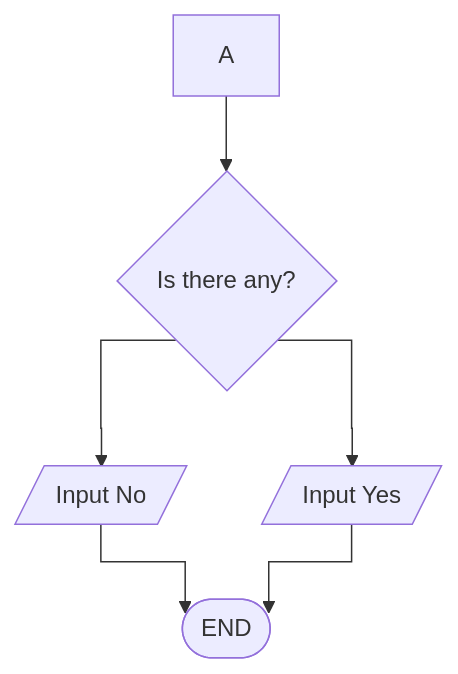
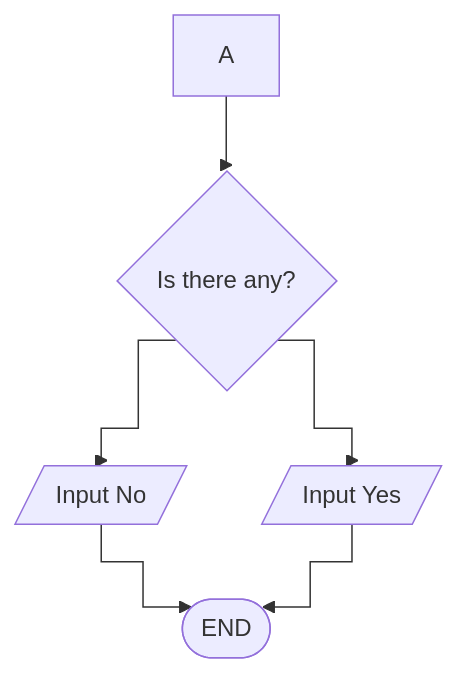
Before and after one commit to Quebada-1CPE-A/Computer-Engineering-Shenanigans: the diagram in mermaid.md, drawn with Mermaid.

Commit message:
Change flowchart curve style to 'step'

````diff
--- a/mermaid.md
+++ b/mermaid.md
@@ -1,9 +1,9 @@
 ```mermaid
-%%{ init: {'flowchart" : {'curve': 'stepAfter'}}}%%
+%%{ init: {'flowchart" : {'curve': 'step'}}}%%
 flowchart TD
     A --> B{Is there any?}
     B --> C[/Input Yes/]
     B --> D[/Input No/]
     D --> E([END])
     C --> E 
 ```
````
